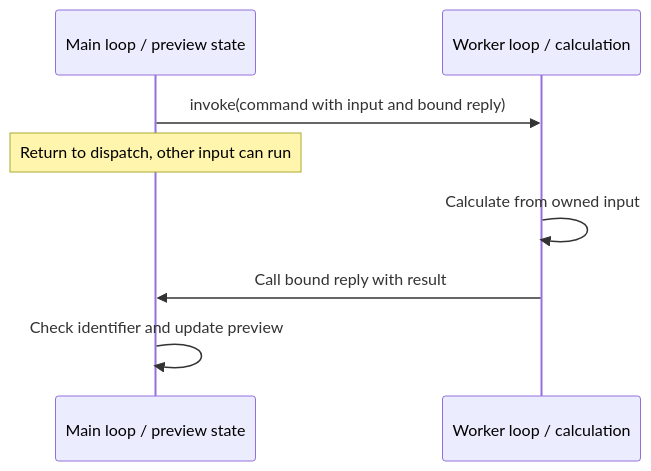
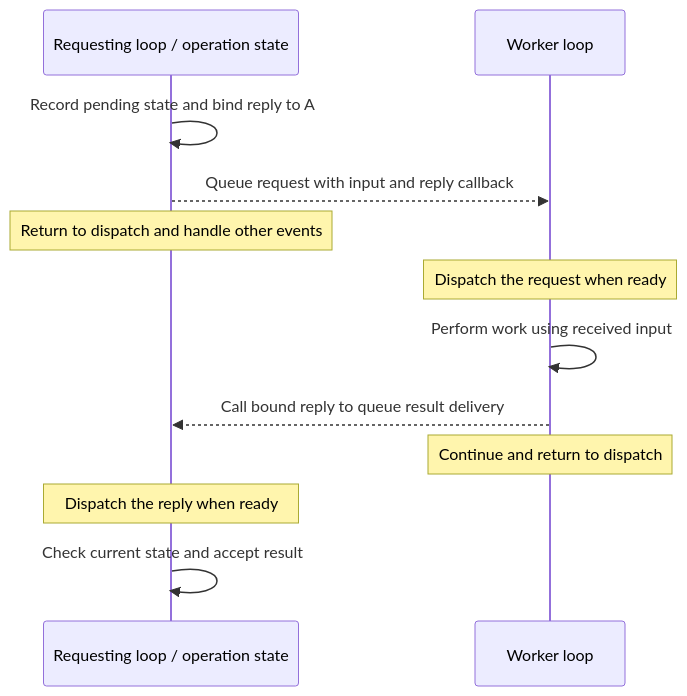
The diagram in doc/topics/event/communicating_between_loops.rst (erbsland-dev/erbsland-core), drawn with Mermaid before and after one commit. The commit also changed other lines of this file and 613 other files, not shown here.

```diff
--- a/doc/topics/event/communicating_between_loops.rst
+++ b/doc/topics/event/communicating_between_loops.rst
@@ -37,10 +136,14 @@
 .. mermaid::
 
     sequenceDiagram
-        participant Main as Main loop / preview state
-        participant Worker as Worker loop / calculation
-        Main->>Worker: invoke(command with input and bound reply)
-        Note over Main: Return to dispatch, other input can run
-        Worker->>Worker: Calculate from owned input
-        Worker->>Main: Call bound reply with result
-        Main->>Main: Check identifier and update preview
+        participant A as Requesting loop / operation state
+        participant B as Worker loop
+        A->>A: Record pending state and bind reply to A
+        A-->>B: Queue request with input and reply callback
+        Note over A: Return to dispatch and handle other events
+        Note over B: Dispatch the request when ready
+        B->>B: Perform work using received input
+        B-->>A: Call bound reply to queue result delivery
+        Note over B: Continue and return to dispatch
+        Note over A: Dispatch the reply when ready
+        A->>A: Check current state and accept result
```
